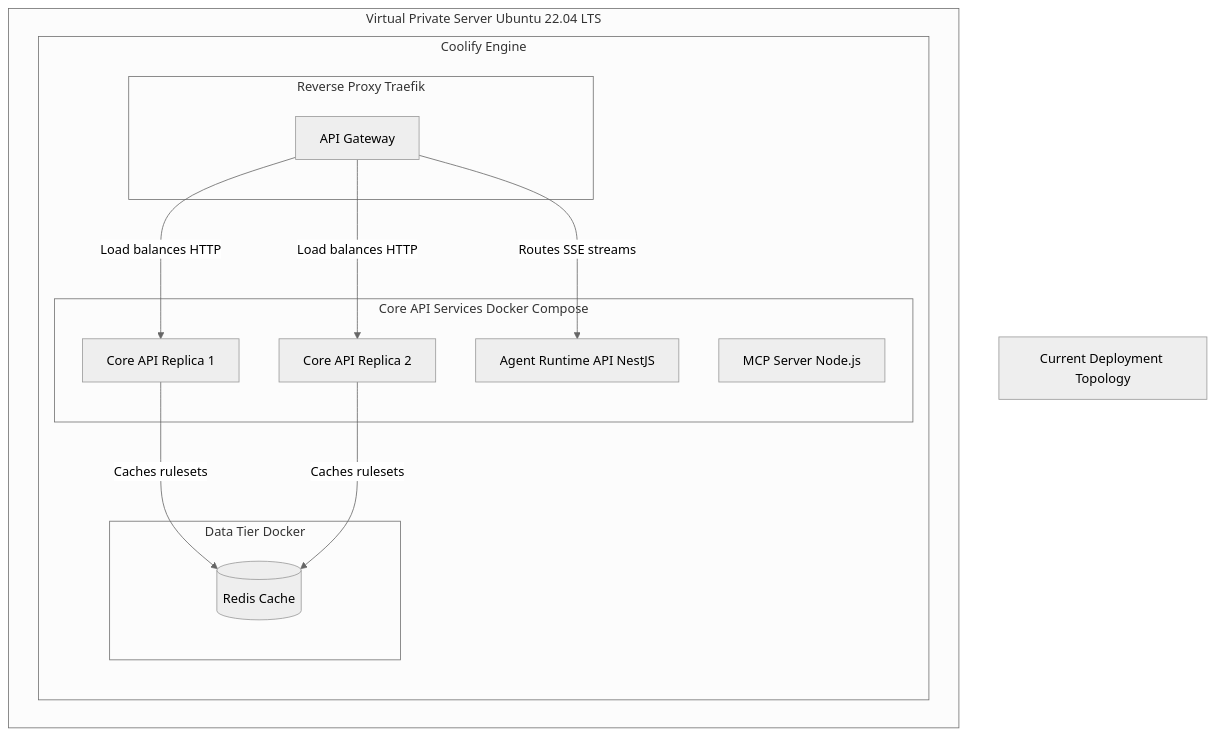
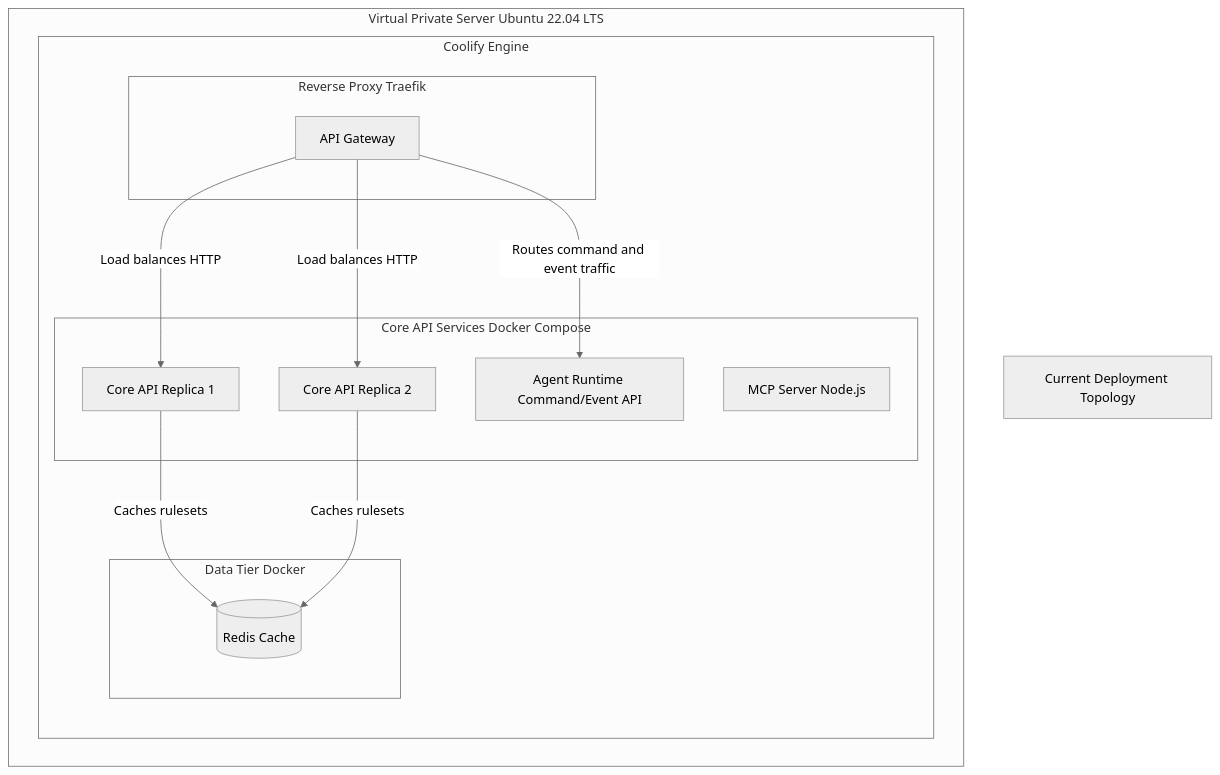
Before and after one commit to beyondnetcode/evolith_arch32: the first of 2 diagrams in reference/architecture/views/view-by-deployment.md, drawn with Mermaid (neutral theme). The commit also changed other lines of this file and 13 other files, not shown here.

Commit message:
docs: clarify agent runtime command event flow

````diff
--- a/reference/architecture/views/view-by-deployment.md
+++ b/reference/architecture/views/view-by-deployment.md
@@ -13,30 +13,30 @@
 ```mermaid
 flowchart TB
     title[Current Deployment Topology]
 
     subgraph vps [Virtual Private Server Ubuntu 22.04 LTS]
         subgraph coolify [Coolify Engine]
             
             subgraph proxy [Reverse Proxy Traefik]
                 gateway[API Gateway]
             end
             
             subgraph core_tier [Core API Services Docker Compose]
                 api1[Core API Replica 1]
                 api2[Core API Replica 2]
                 mcp[MCP Server Node.js]
-                sse[Agent Runtime API NestJS]
+                agentApi[Agent Runtime Command/Event API]
             end
             
             subgraph data_tier [Data Tier Docker]
                 redis[(Redis Cache)]
             end
         end
     end
     
     gateway -->|Load balances HTTP| api1
     gateway -->|Load balances HTTP| api2
-    gateway -->|Routes SSE streams| sse
+    gateway -->|Routes command and event traffic| agentApi
     api1 -->|Caches rulesets| redis
     api2 -->|Caches rulesets| redis
 ```
````
